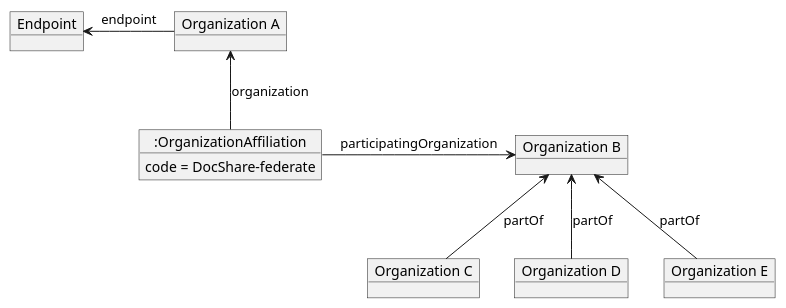
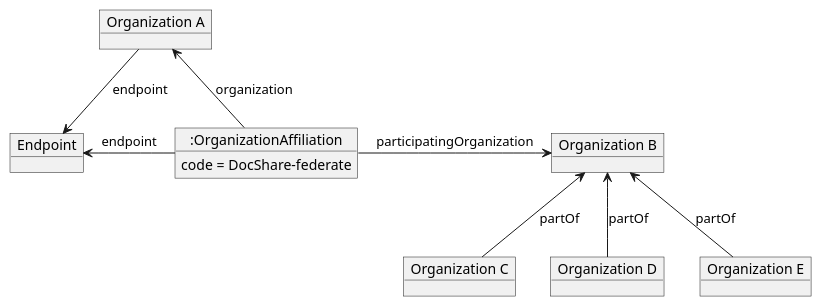
Before and after one commit to IHE/ITI.mCSD: the diagram in input/images-source/dir-endpoint-to-hybrid-org-structure.plantuml, drawn with PlantUML.

```diff
--- a/input/images-source/dir-endpoint-to-hybrid-org-structure.plantuml
+++ b/input/images-source/dir-endpoint-to-hybrid-org-structure.plantuml
@@ -1,20 +1,22 @@
 @startuml
 hide footbox
 
 object "Organization A" as OrganizationA
 object "Organization B" as OrganizationB
 object "Endpoint" as EndpointA
 object "Organization C" as OrganizationC
 object "Organization D" as OrganizationD
 object "Organization E" as OrganizationE
 object ":OrganizationAffiliation" as OrgAff
 OrgAff : code = DocShare-federate
 OrgAff -> OrganizationB : participatingOrganization
 OrganizationA <-- OrgAff : organization
 
-EndpointA <- OrganizationA : endpoint
+OrganizationA --> EndpointA : endpoint
+EndpointA <- OrgAff : endpoint
+
 OrganizationB <-- OrganizationC : partOf
 OrganizationB <-- OrganizationD : partOf
 OrganizationB <-- OrganizationE : partOf
 
 @enduml
```
